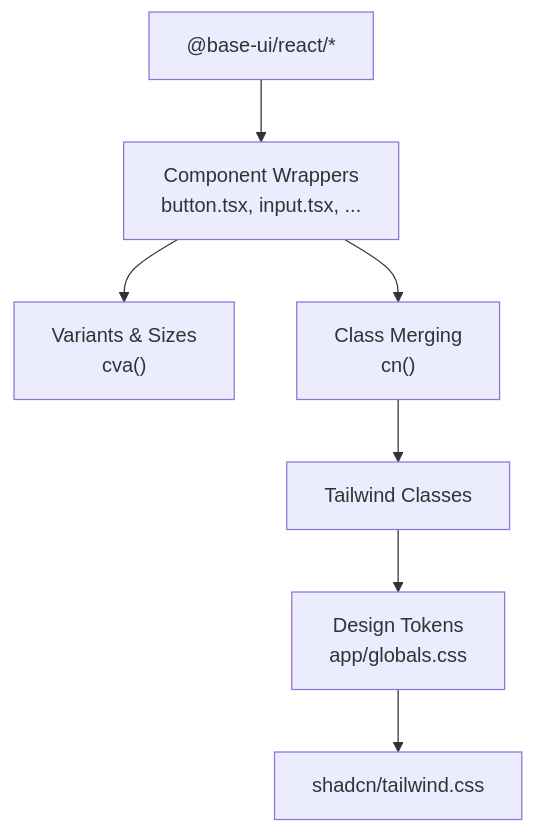
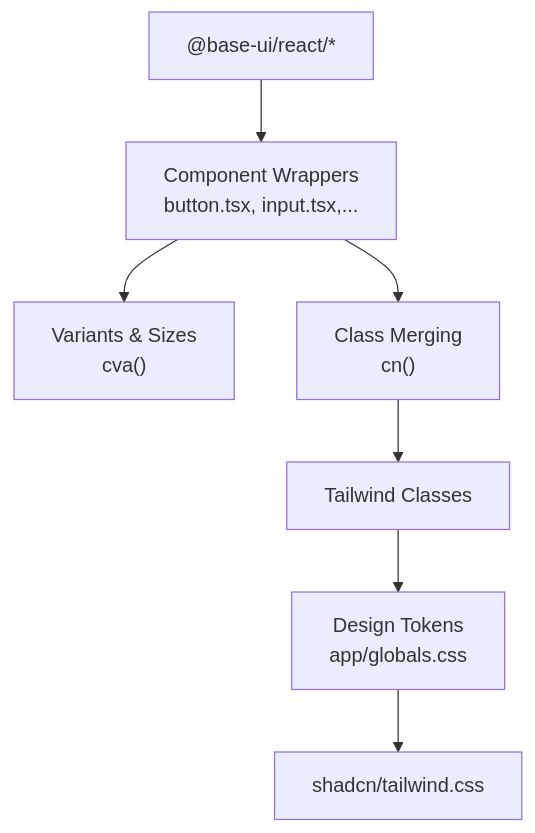
The second of 13 diagrams in src/data/docs/mooc-utils/Website Dashboard/UI Components/Shared UI Components.md (tashifkhan/tashif.codes), drawn with Mermaid before and after one commit. The commit also changed other lines of this file and 2128 other files, not shown here.

First line of the commit message:
docs: replace raster diagram images with native Mermaid across project guides

````diff
--- a/src/data/docs/mooc-utils/Website Dashboard/UI Components/Shared UI Components.md
+++ b/src/data/docs/mooc-utils/Website Dashboard/UI Components/Shared UI Components.md
@@ -158,9 +158,9 @@
 ```mermaid
 graph TB
-PRIMS["@base-ui/react/*"] --> WRAPS["Component Wrappers<br/>button.tsx, input.tsx, ..."]
+PRIMS["@base-ui/react/*"] --> WRAPS["Component Wrappers<br/>button.tsx, input.tsx,..."]
 WRAPS --> VARS["Variants & Sizes<br/>cva()"]
 WRAPS --> CN["Class Merging<br/>cn()"]
 CN --> TWT["Tailwind Classes"]
 TWT --> THEME["Design Tokens<br/>app/globals.css"]
 THEME --> SHADCN["shadcn/tailwind.css"]
 ```
````
